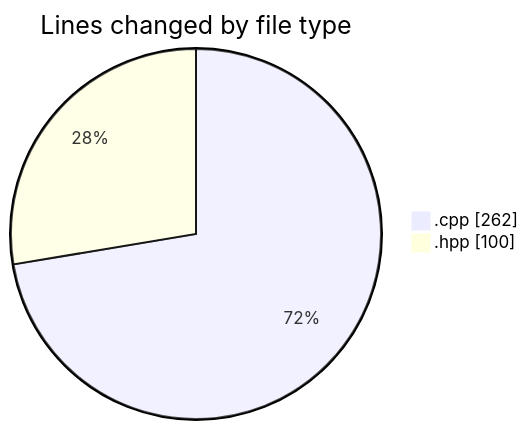
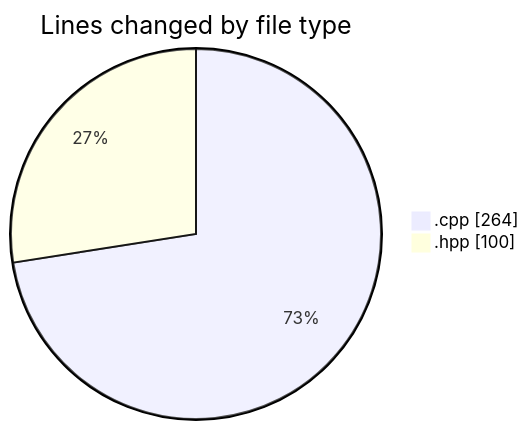
One commit to Netris89/code-tracking changed the first of 2 diagrams in 2025-04-25/echo/README.md. Above: the diagram before and after it, drawn with Mermaid. The commit also changed other lines of this file and 1 other file, not shown here.

````diff
--- a/2025-04-25/echo/README.md
+++ b/2025-04-25/echo/README.md
@@ -21,6 +21,6 @@
 ```mermaid
 pie showData
 title Lines changed by file type
-".cpp" : 262
+".cpp" : 264
 ".hpp" : 100
 ```
````
